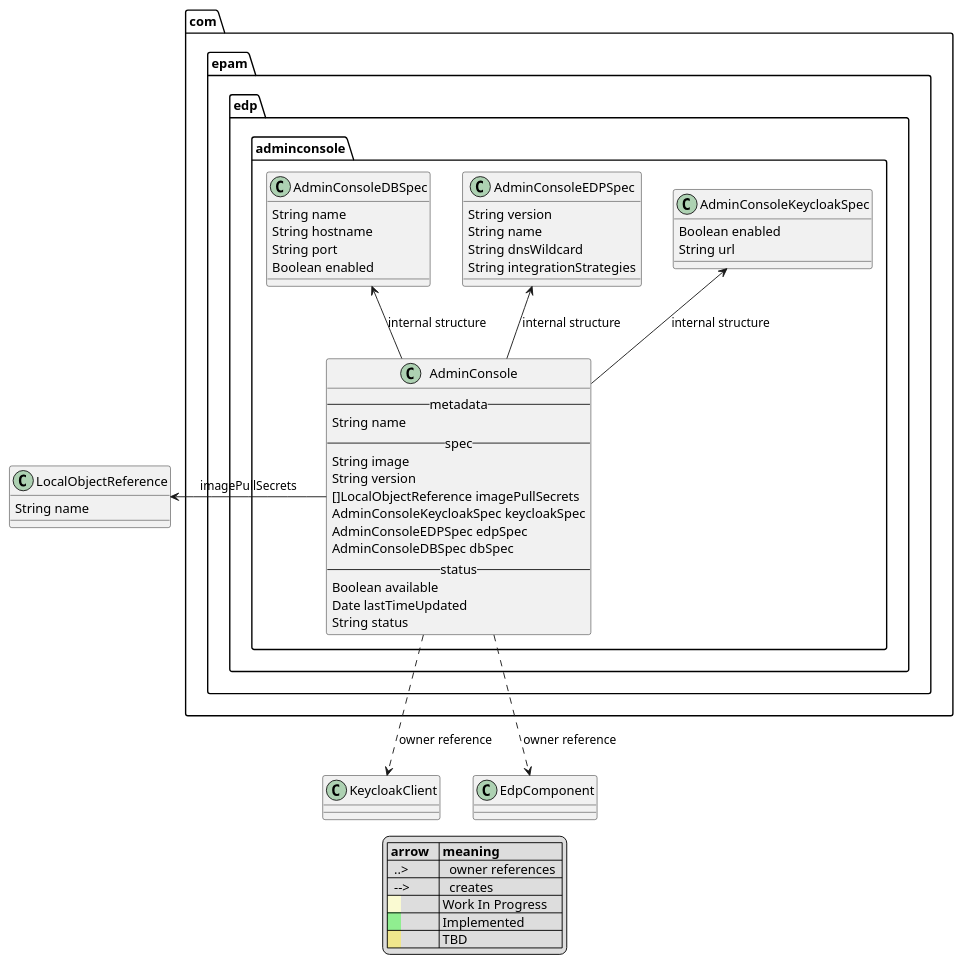
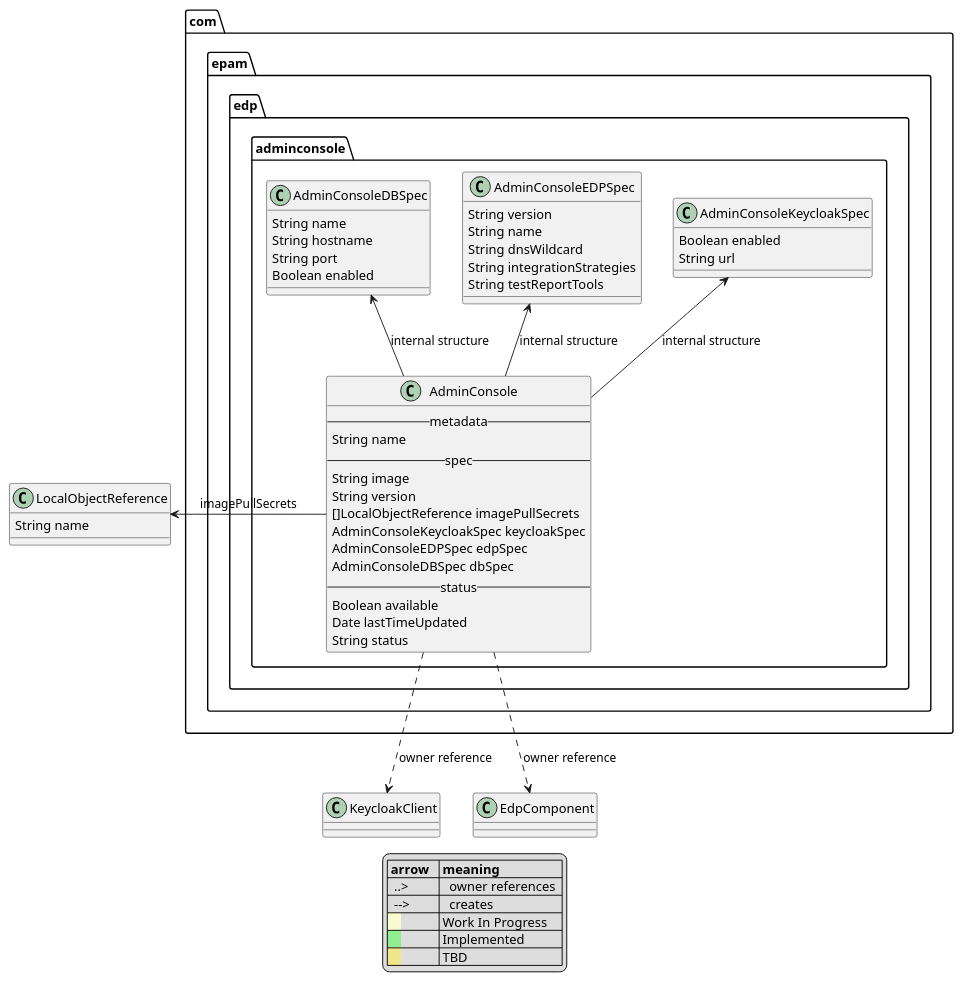
Before and after one commit to epam/edp-admin-console-operator: the diagram in documentation/puml/arch.puml, drawn with PlantUML. The commit also changed 7 other files, not shown here.

Commit message:
[EPMDEDP-4962] add test report framework handling

```diff
--- a/documentation/puml/arch.puml
+++ b/documentation/puml/arch.puml
@@ -1,63 +1,64 @@
 @startuml
 
 package com.epam.edp.adminconsole {
     class AdminConsole {
     -- metadata --
         String name
     -- spec --
         String image
         String version
         []LocalObjectReference imagePullSecrets
         AdminConsoleKeycloakSpec keycloakSpec
         AdminConsoleEDPSpec edpSpec
         AdminConsoleDBSpec dbSpec
     -- status --
         Boolean available
         Date lastTimeUpdated
         String status
     }
 
     class AdminConsoleKeycloakSpec {
         Boolean enabled
         String url
     }
     AdminConsoleKeycloakSpec <-- AdminConsole : "internal structure"
 
     class AdminConsoleEDPSpec {
         String version
         String name
         String dnsWildcard
         String integrationStrategies
+        String testReportTools
     }
     AdminConsoleEDPSpec <-- AdminConsole : "internal structure"
 
     class AdminConsoleDBSpec {
         String name
         String hostname
         String port
         Boolean enabled
     }
     AdminConsoleDBSpec <-- AdminConsole : "internal structure"
 }
 class LocalObjectReference {
     String name
 }
 AdminConsole -l-> LocalObjectReference : imagePullSecrets
 KeycloakClient <.u. AdminConsole : "owner reference"
 EdpComponent <.u. AdminConsole : "owner reference"
 
 legend
 |= arrow   |= meaning|
 |  ..>     |   owner references  |
 |  -->     |   creates     |
 |<back:LightGoldenRodYellow>    </back>| Work In Progress |
 |<back:LightGreen>    </back>| Implemented |
 |<back:Khaki>    </back>| TBD |
 endlegend
 
 skinparam class {
 	backgroundColor<<impl>> LightGoldenRodYellow
 	backgroundColor<<wip>> LightGreen
 	backgroundColor<<tbd>> Khaki
 }
 @enduml
```
